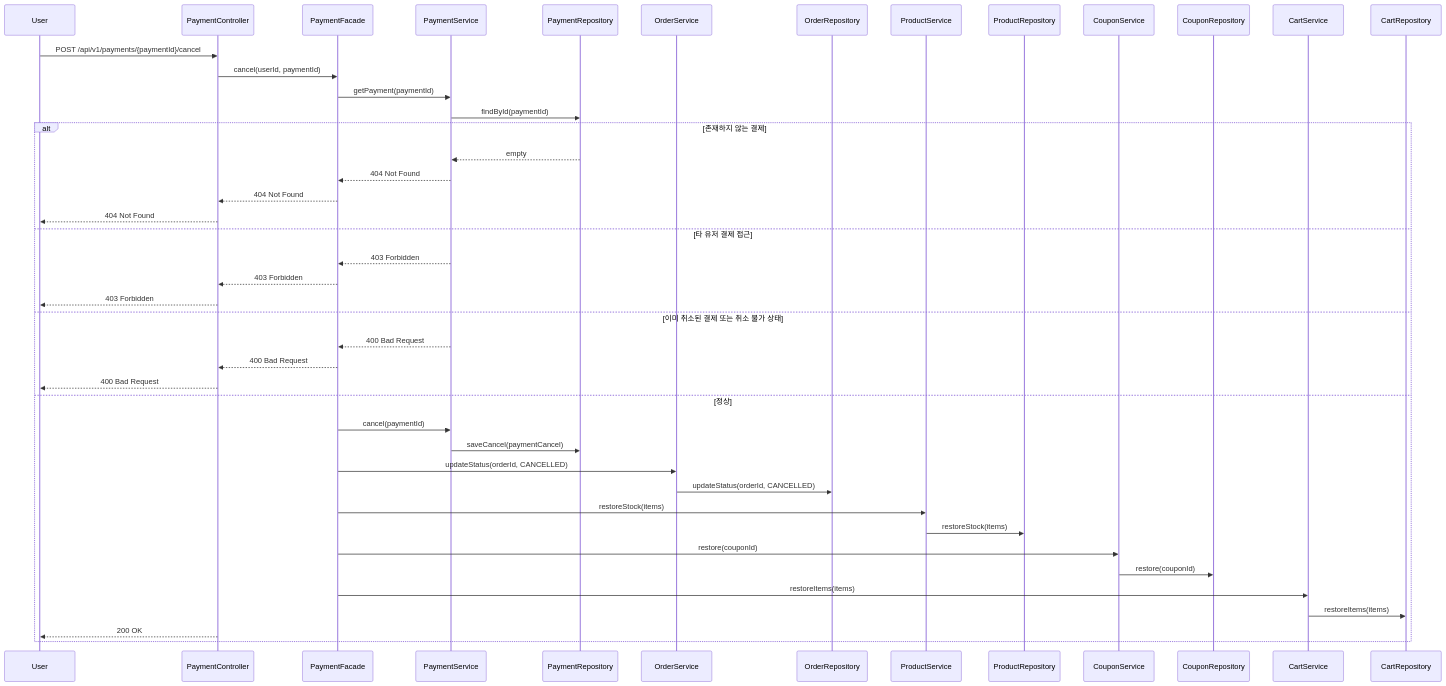
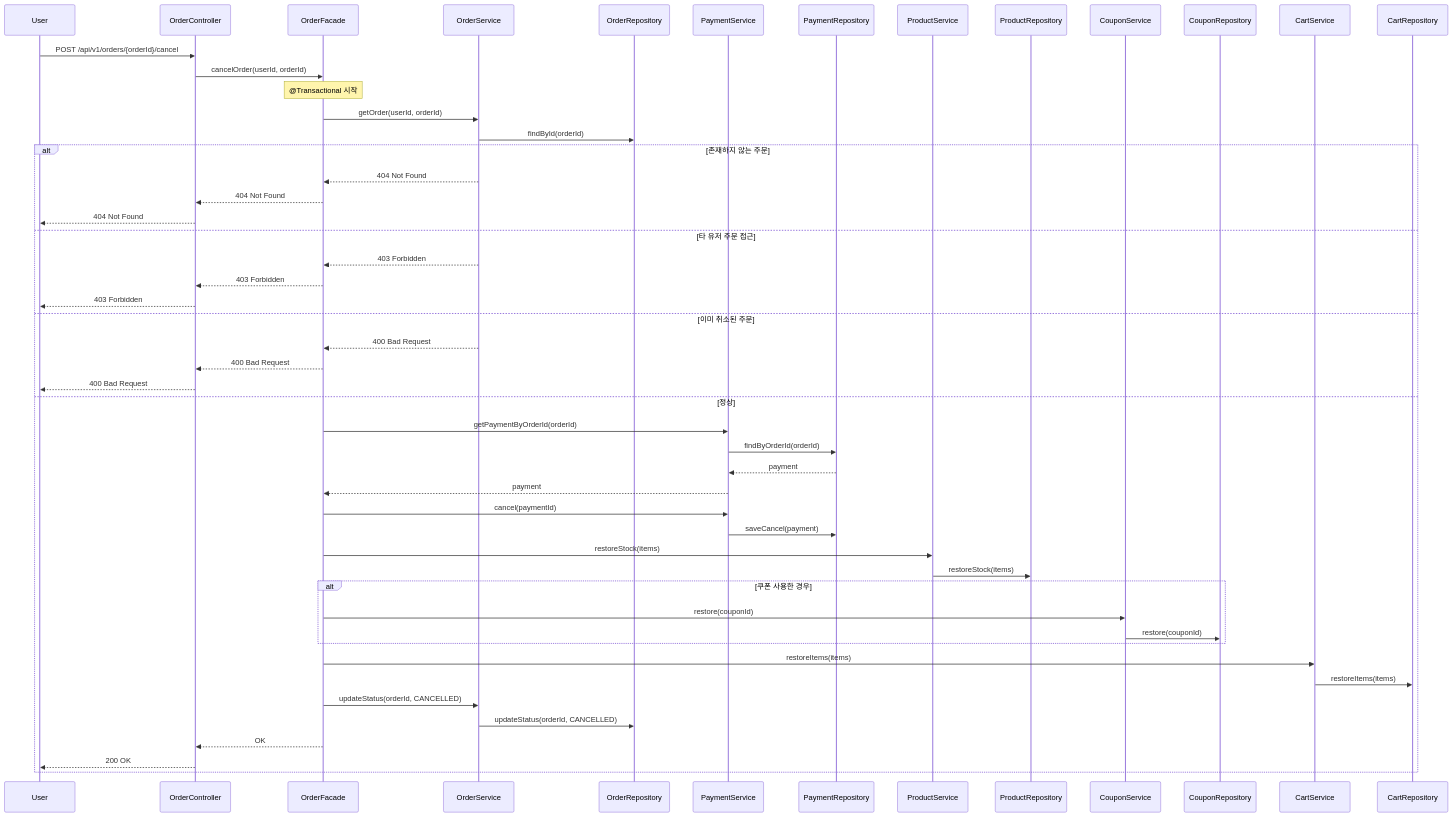
One commit to loopers-labs/loop-pack-be-l2-vol4-java changed diagram 30 of 35 in .docs/design/sequence-diagrams.md. Above: the diagram before and after it, drawn with Mermaid. The commit also changed other lines of this file and 4 other files, not shown here.

````diff
--- a/.docs/design/sequence-diagrams.md
+++ b/.docs/design/sequence-diagrams.md
@@ -911,48 +968,55 @@
 ```mermaid
 sequenceDiagram
     participant User
-    participant PaymentController
-    participant PaymentFacade
+    participant OrderController
+    participant OrderFacade
+    participant OrderService
+    participant OrderRepository
     participant PaymentService
     participant PaymentRepository
-    participant OrderService
-    participant OrderRepository
     participant ProductService
     participant ProductRepository
     participant CouponService
     participant CouponRepository
     participant CartService
     participant CartRepository
 
-    User->>PaymentController: POST /api/v1/payments/{paymentId}/cancel
-    PaymentController->>PaymentFacade: cancel(userId, paymentId)
-    PaymentFacade->>PaymentService: getPayment(paymentId)
-    PaymentService->>PaymentRepository: findById(paymentId)
+    User->>OrderController: POST /api/v1/orders/{orderId}/cancel
+    OrderController->>OrderFacade: cancelOrder(userId, orderId)
+    Note over OrderFacade: @Transactional 시작
+    OrderFacade->>OrderService: getOrder(userId, orderId)
+    OrderService->>OrderRepository: findById(orderId)
 
-    alt 존재하지 않는 결제
-        PaymentRepository-->>PaymentService: empty
-        PaymentService-->>PaymentFacade: 404 Not Found
-        PaymentFacade-->>PaymentController: 404 Not Found
-        PaymentController-->>User: 404 Not Found
-    else 타 유저 결제 접근
-        PaymentService-->>PaymentFacade: 403 Forbidden
-        PaymentFacade-->>PaymentController: 403 Forbidden
-        PaymentController-->>User: 403 Forbidden
-    else 이미 취소된 결제 또는 취소 불가 상태
-        PaymentService-->>PaymentFacade: 400 Bad Request
-        PaymentFacade-->>PaymentController: 400 Bad Request
-        PaymentController-->>User: 400 Bad Request
+    alt 존재하지 않는 주문
+        OrderService-->>OrderFacade: 404 Not Found
+        OrderFacade-->>OrderController: 404 Not Found
+        OrderController-->>User: 404 Not Found
+    else 타 유저 주문 접근
+        OrderService-->>OrderFacade: 403 Forbidden
+        OrderFacade-->>OrderController: 403 Forbidden
+        OrderController-->>User: 403 Forbidden
+    else 이미 취소된 주문
+        OrderService-->>OrderFacade: 400 Bad Request
+        OrderFacade-->>OrderController: 400 Bad Request
+        OrderController-->>User: 400 Bad Request
     else 정상
-        PaymentFacade->>PaymentService: cancel(paymentId)
-        PaymentService->>PaymentRepository: saveCancel(paymentCancel)
-        PaymentFacade->>OrderService: updateStatus(orderId, CANCELLED)
+        OrderFacade->>PaymentService: getPaymentByOrderId(orderId)
+        PaymentService->>PaymentRepository: findByOrderId(orderId)
+        PaymentRepository-->>PaymentService: payment
+        PaymentService-->>OrderFacade: payment
+        OrderFacade->>PaymentService: cancel(paymentId)
+        PaymentService->>PaymentRepository: saveCancel(payment)
+        OrderFacade->>ProductService: restoreStock(items)
+        ProductService->>ProductRepository: restoreStock(items)
+        alt 쿠폰 사용한 경우
+            OrderFacade->>CouponService: restore(couponId)
+            CouponService->>CouponRepository: restore(couponId)
+        end
+        OrderFacade->>CartService: restoreItems(items)
+        CartService->>CartRepository: restoreItems(items)
+        OrderFacade->>OrderService: updateStatus(orderId, CANCELLED)
         OrderService->>OrderRepository: updateStatus(orderId, CANCELLED)
-        PaymentFacade->>ProductService: restoreStock(items)
-        ProductService->>ProductRepository: restoreStock(items)
-        PaymentFacade->>CouponService: restore(couponId)
-        CouponService->>CouponRepository: restore(couponId)
-        PaymentFacade->>CartService: restoreItems(items)
-        CartService->>CartRepository: restoreItems(items)
-        PaymentController-->>User: 200 OK
+        OrderFacade-->>OrderController: OK
+        OrderController-->>User: 200 OK
     end
 ```
````
